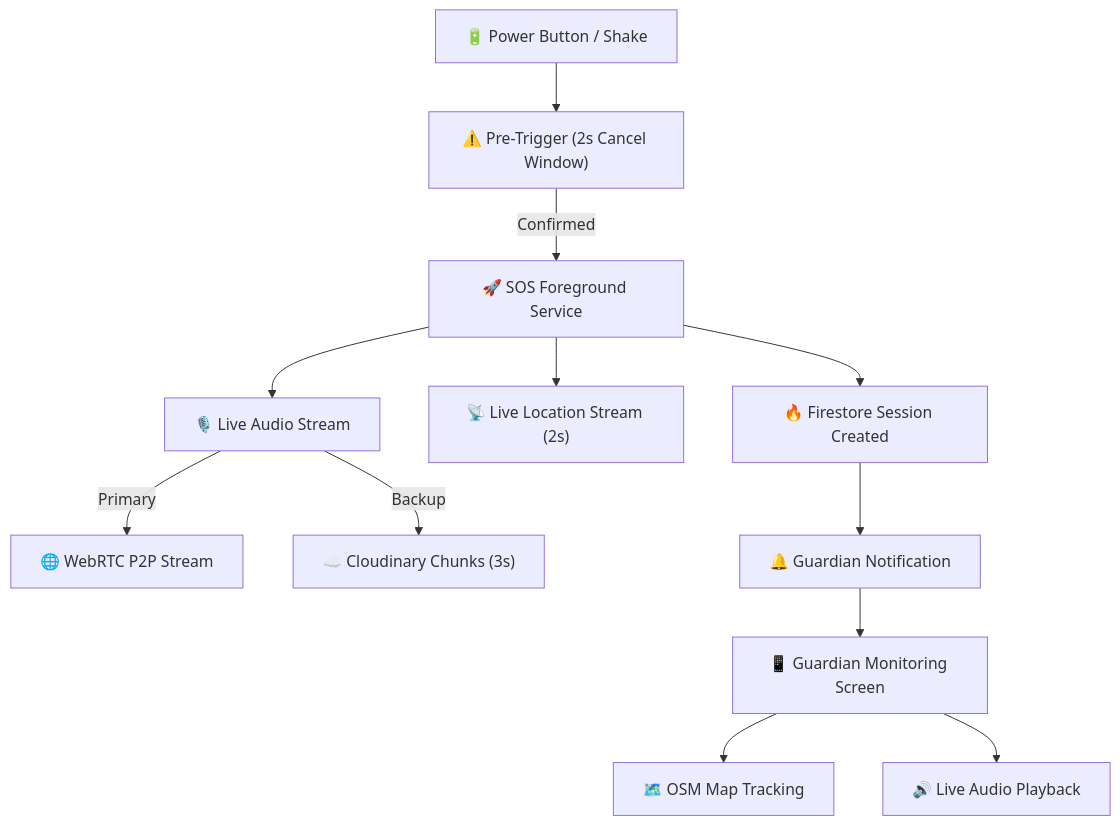
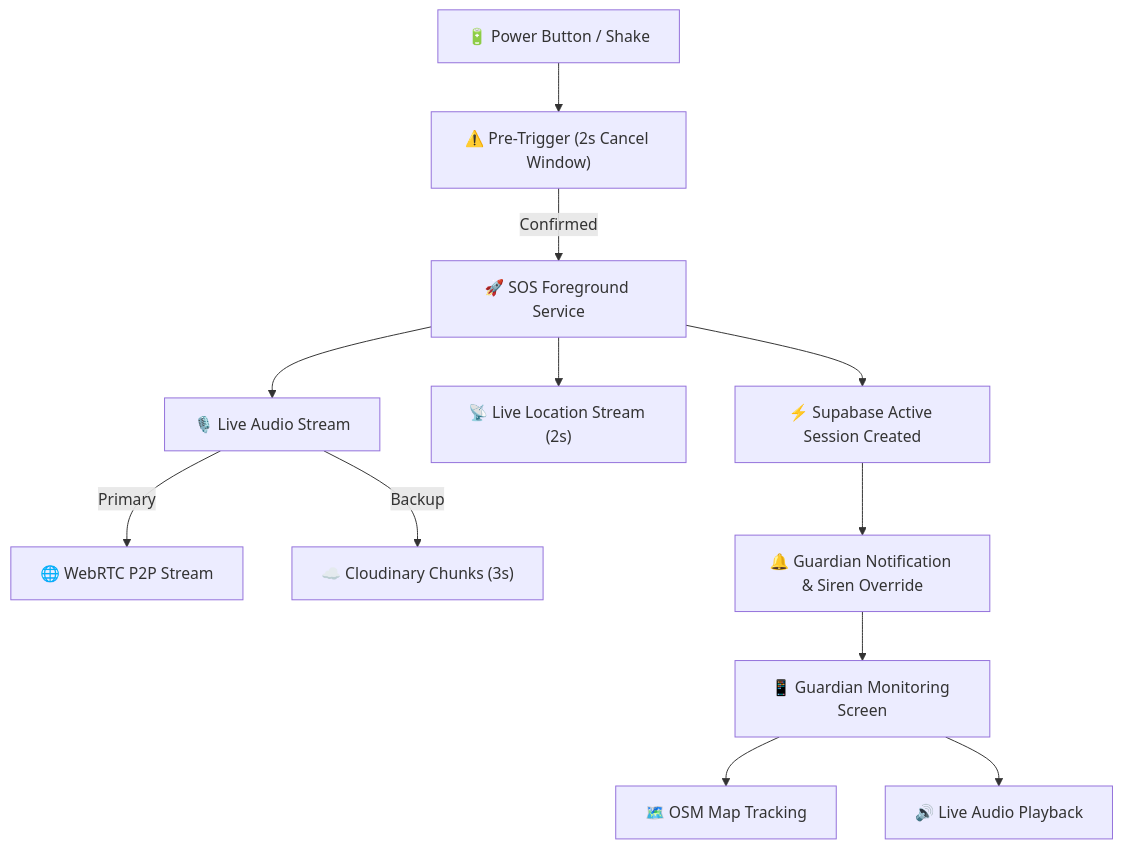
Before and after one commit to RohitKSahoo/SoSafe: the diagram in README.md, drawn with Mermaid. The commit also changed other lines of this file and 17 other files, not shown here.

Commit message:
feat: Add siren override, contact sync fix, network monitor & phase tracker docs

````diff
--- a/README.md
+++ b/README.md
@@ -41,14 +44,14 @@
 ```mermaid
 graph TD
     A["🔋 Power Button / Shake"] --> B["⚠️ Pre-Trigger (2s Cancel Window)"]
     B -->|Confirmed| C["🚀 SOS Foreground Service"]
-    C --> D["🔥 Firestore Session Created"]
+    C --> D["⚡ Supabase Active Session Created"]
     C --> E["📡 Live Location Stream (2s)"]
     C --> F["🎙️ Live Audio Stream"]
     F -->|Primary| G["🌐 WebRTC P2P Stream"]
     F -->|Backup| H["☁️ Cloudinary Chunks (3s)"]
-    D --> I["🔔 Guardian Notification"]
+    D --> I["🔔 Guardian Notification & Siren Override"]
     I --> J["📱 Guardian Monitoring Screen"]
     J --> K["🗺️ OSM Map Tracking"]
     J --> L["🔊 Live Audio Playback"]
 ```
````
